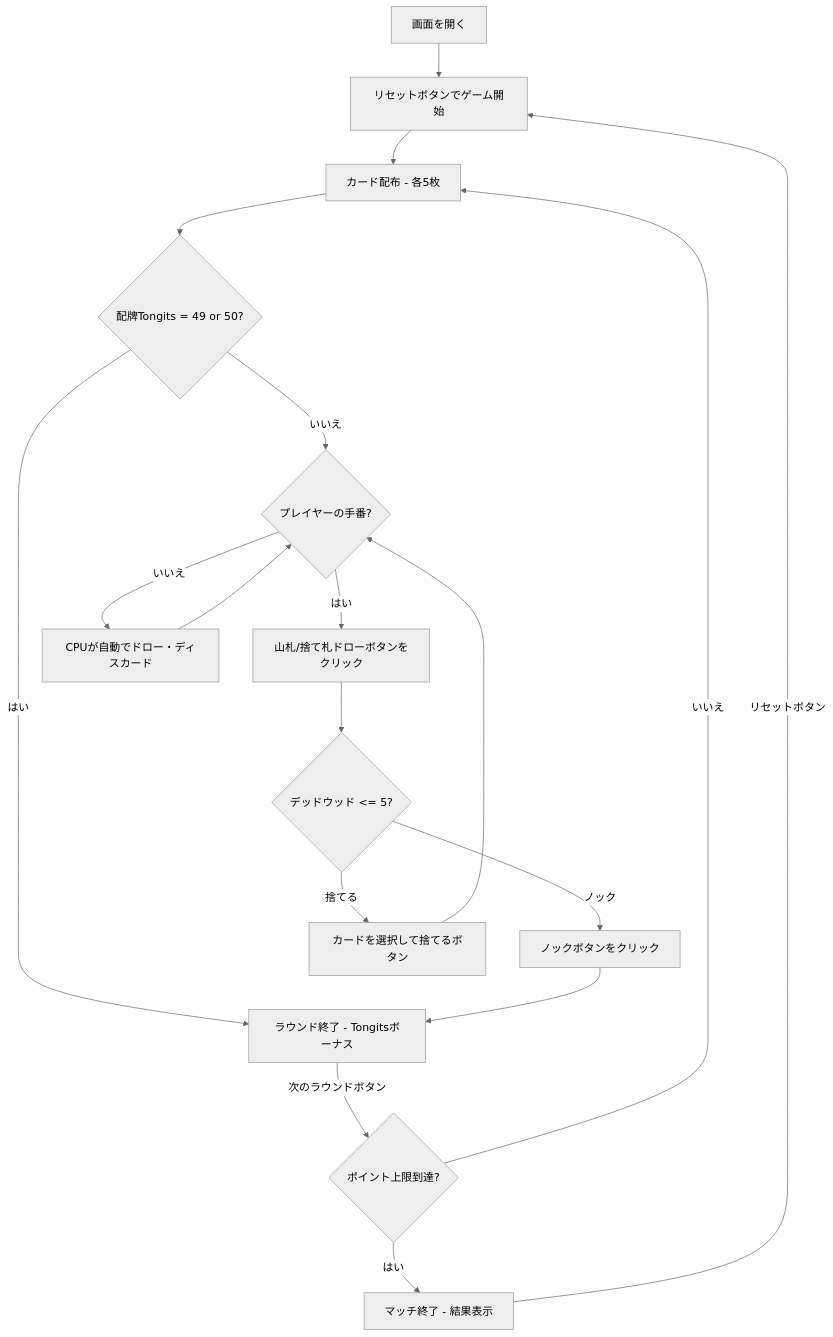
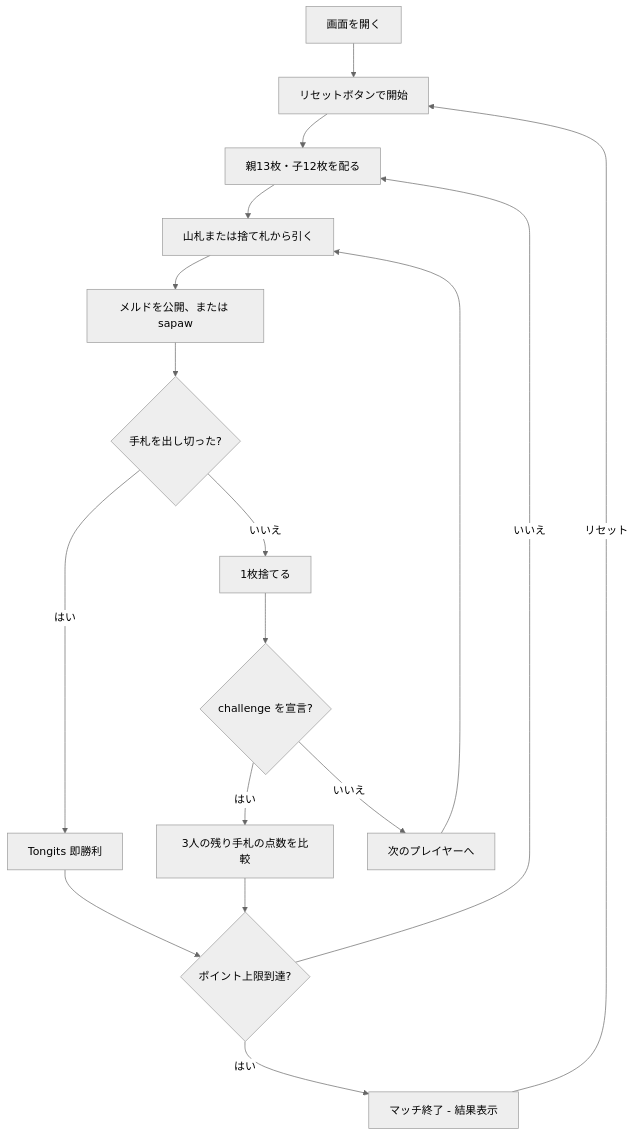
Before and after one commit to yuta-yoshinaga/go_trumpcards: the diagram in docs/manual/web/tongits.md, drawn with Mermaid (neutral theme). The commit also changed other lines of this file and 1 other file, not shown here.

First line of the commit message:
docs(tongits): rewrite both manuals for Tongits instead of Tonk

````diff
--- a/docs/manual/web/tongits.md
+++ b/docs/manual/web/tongits.md
@@ -55,20 +44,19 @@
 ```mermaid
 flowchart TD
-    A[画面を開く] --> B[リセットボタンでゲーム開始]
-    B --> C[カード配布 - 各5枚]
-    C --> D{配牌Tongits = 49 or 50?}
-    D -->|はい| K[ラウンド終了 - Tongitsボーナス]
-    D -->|いいえ| E{プレイヤーの手番?}
-    E -->|はい| F[山札/捨て札ドローボタンをクリック]
-    E -->|いいえ| G[CPUが自動でドロー・ディスカード]
-    F --> H{デッドウッド <= 5?}
-    H -->|ノック| I[ノックボタンをクリック]
-    H -->|捨てる| J[カードを選択して捨てるボタン]
-    G --> E
-    J --> E
-    I --> K
-    K -->|次のラウンドボタン| M{ポイント上限到達?}
-    M -->|いいえ| C
-    M -->|はい| N[マッチ終了 - 結果表示]
-    N -->|リセットボタン| B
+    A[画面を開く] --> B[リセットボタンで開始]
+    B --> C[親13枚・子12枚を配る]
+    C --> D[山札または捨て札から引く]
+    D --> E[メルドを公開、または sapaw]
+    E --> F{手札を出し切った?}
+    F -->|はい| G[Tongits 即勝利]
+    F -->|いいえ| H[1枚捨てる]
+    H --> I{challenge を宣言?}
+    I -->|はい| J[3人の残り手札の点数を比較]
+    I -->|いいえ| K[次のプレイヤーへ]
+    K --> D
+    G --> L{ポイント上限到達?}
+    J --> L
+    L -->|いいえ| C
+    L -->|はい| M[マッチ終了 - 結果表示]
+    M -->|リセット| B
 ```
````
